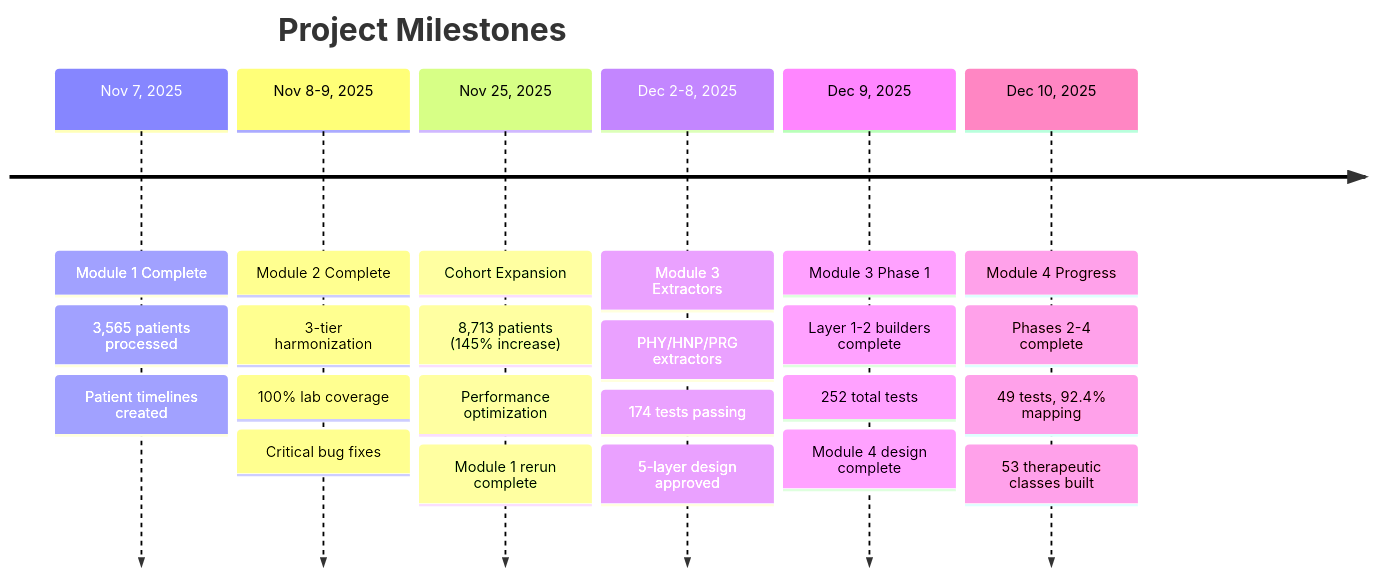
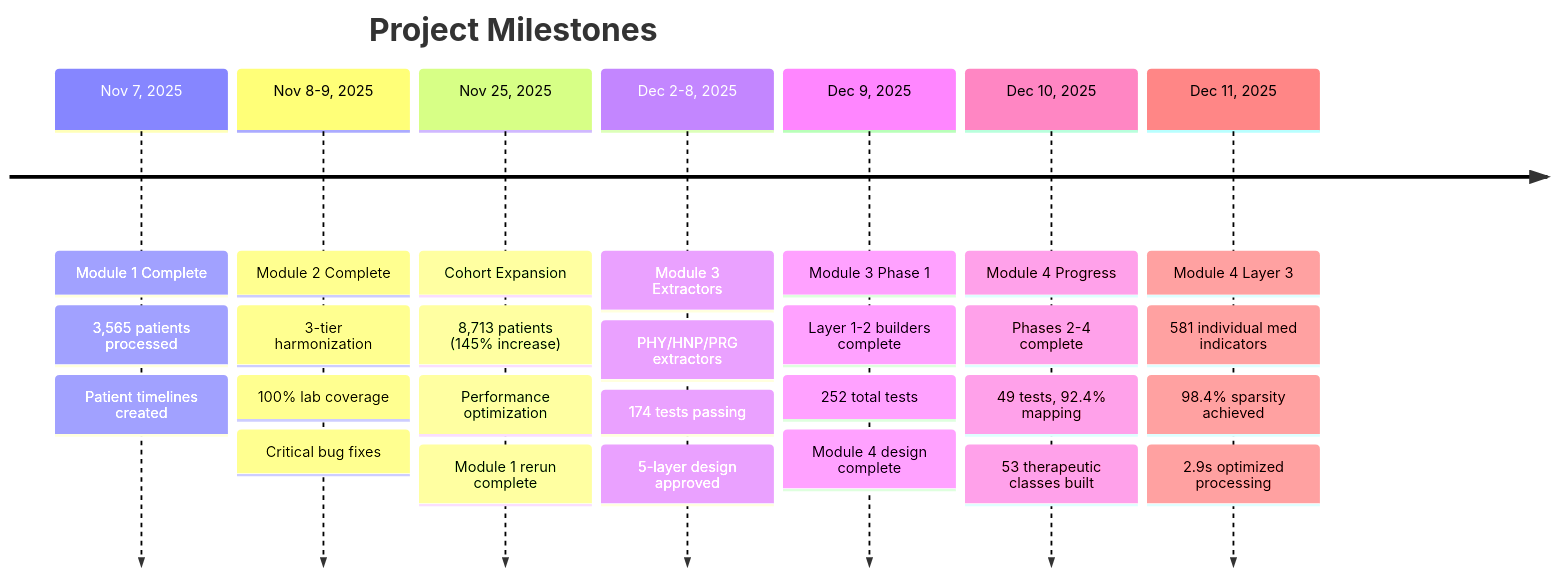
The third of 3 diagrams in docs/progress.md (moinhs1/extracting-features), drawn with Mermaid before and after one commit. The commit also changed other lines of this file and 3 other files, not shown here.

````diff
--- a/docs/progress.md
+++ b/docs/progress.md
@@ -150,33 +153,38 @@
 ```mermaid
 timeline
     title Project Milestones
 
     Nov 7, 2025 : Module 1 Complete
                 : 3,565 patients processed
                 : Patient timelines created
 
     Nov 8-9, 2025 : Module 2 Complete
                   : 3-tier harmonization
                   : 100% lab coverage
                   : Critical bug fixes
 
     Nov 25, 2025 : Cohort Expansion
                  : 8,713 patients (145% increase)
                  : Performance optimization
                  : Module 1 rerun complete
 
     Dec 2-8, 2025 : Module 3 Extractors
                   : PHY/HNP/PRG extractors
                   : 174 tests passing
                   : 5-layer design approved
 
     Dec 9, 2025 : Module 3 Phase 1
                 : Layer 1-2 builders complete
                 : 252 total tests
                 : Module 4 design complete
 
     Dec 10, 2025 : Module 4 Progress
                  : Phases 2-4 complete
                  : 49 tests, 92.4% mapping
                  : 53 therapeutic classes built
+
+    Dec 11, 2025 : Module 4 Layer 3
+                 : 581 individual med indicators
+                 : 98.4% sparsity achieved
+                 : 2.9s optimized processing
 ```
````
